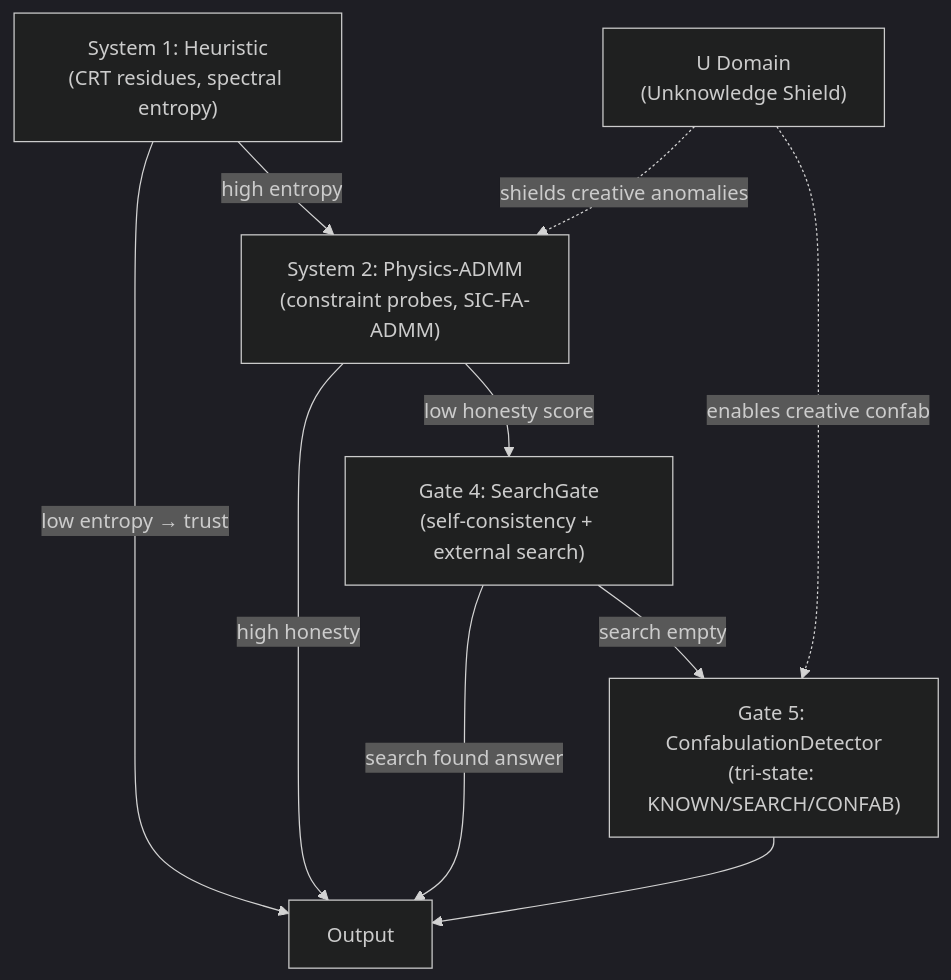
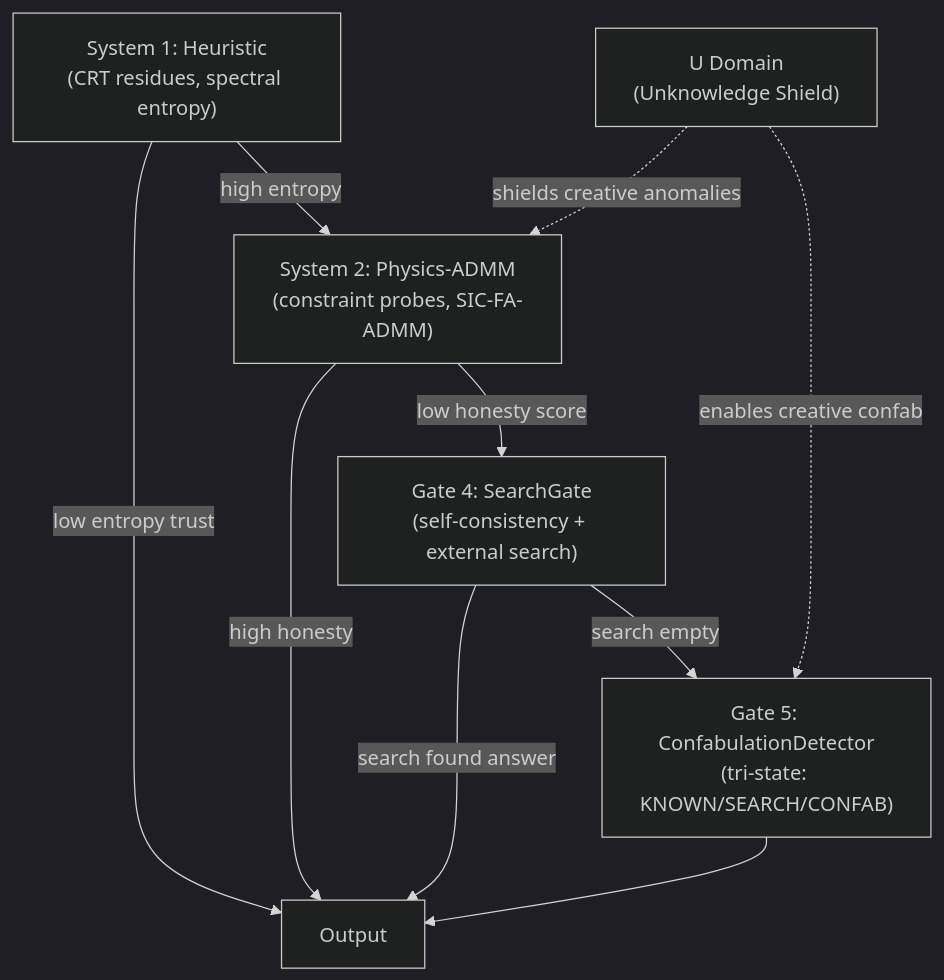
The second of 2 diagrams in docs/SYSTEM_ARCHITECTURE.md (ZenoNex/Gyroidic-Sparse-Covariance-Flux-Reasoner), drawn with Mermaid (dark theme) before and after one commit. The commit also changed other lines of this file, not shown here.

````diff
--- a/docs/SYSTEM_ARCHITECTURE.md
+++ b/docs/SYSTEM_ARCHITECTURE.md
@@ -554,12 +555,12 @@
 ```mermaid
 graph TD
     S1["System 1: Heuristic<br/>(CRT residues, spectral entropy)"] -->|"high entropy"| S2["System 2: Physics-ADMM<br/>(constraint probes, SIC-FA-ADMM)"]
-    S1 -->|"low entropy → trust"| OUT["Output"]
+    S1 -->|"low entropy  trust"| OUT["Output"]
     S2 -->|"low honesty score"| S4["Gate 4: SearchGate<br/>(self-consistency + external search)"]
     S2 -->|"high honesty"| OUT
     S4 -->|"search found answer"| OUT
     S4 -->|"search empty"| S5["Gate 5: ConfabulationDetector<br/>(tri-state: KNOWN/SEARCH/CONFAB)"]
     S5 --> OUT
     U["U Domain<br/>(Unknowledge Shield)"] -.->|"shields creative anomalies"| S2
     U -.->|"enables creative confab"| S5
 ```
````
